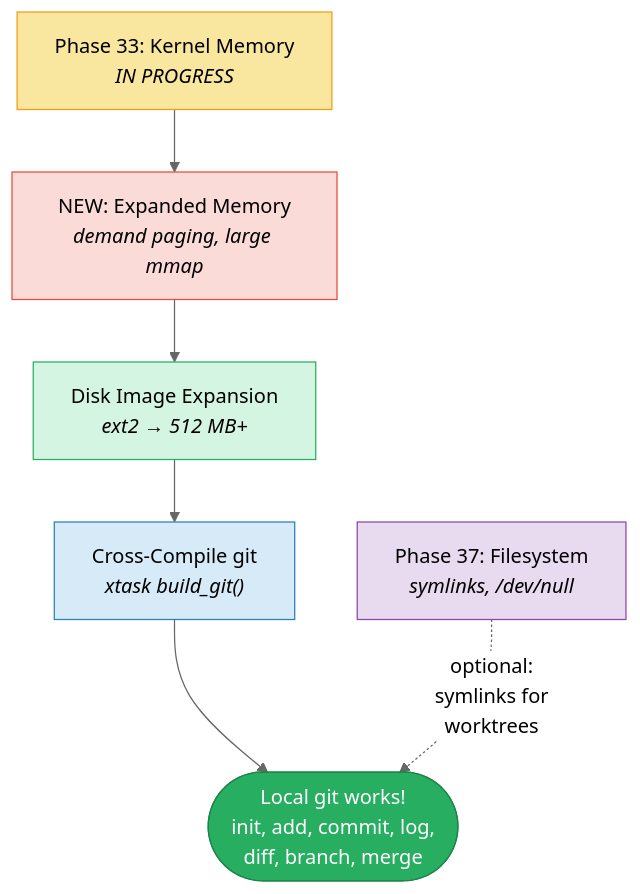
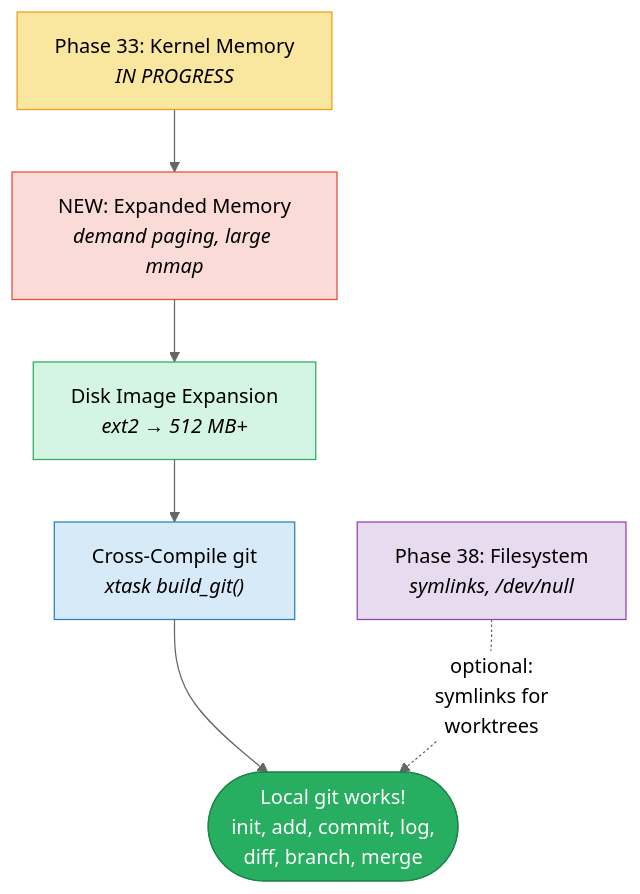
Before and after one commit to mikecubed/m3OS: the third of 6 diagrams in docs/git-roadmap.md, drawn with Mermaid (neutral theme). The commit also changed other lines of this file and 34 other files, not shown here.

````diff
--- a/docs/git-roadmap.md
+++ b/docs/git-roadmap.md
@@ -282,24 +282,24 @@
 ```mermaid
 flowchart TD
     P33["Phase 33: Kernel Memory<br/><i>IN PROGRESS</i>"]
     EM["NEW: Expanded Memory<br/><i>demand paging, large mmap</i>"]
     DI["Disk Image Expansion<br/><i>ext2 → 512 MB+</i>"]
     CC["Cross-Compile git<br/><i>xtask build_git()</i>"]
     DONE(["Local git works!<br/>init, add, commit, log,<br/>diff, branch, merge"])
 
-    P37["Phase 37: Filesystem<br/><i>symlinks, /dev/null</i>"]
+    P38["Phase 38: Filesystem<br/><i>symlinks, /dev/null</i>"]
 
     P33 --> EM
     EM --> DI
     DI --> CC
     CC --> DONE
 
-    P37 -.->|"optional:<br/>symlinks for<br/>worktrees"| DONE
+    P38 -.->|"optional:<br/>symlinks for<br/>worktrees"| DONE
 
     style P33 fill:#f9e79f,stroke:#f39c12,color:#000
     style EM fill:#fadbd8,stroke:#e74c3c,color:#000
     style DI fill:#d5f5e3,stroke:#27ae60,color:#000
     style CC fill:#d6eaf8,stroke:#2980b9,color:#000
     style DONE fill:#27ae60,stroke:#1e8449,color:#fff
-    style P37 fill:#e8daef,stroke:#8e44ad,color:#000
+    style P38 fill:#e8daef,stroke:#8e44ad,color:#000
 ```
````
